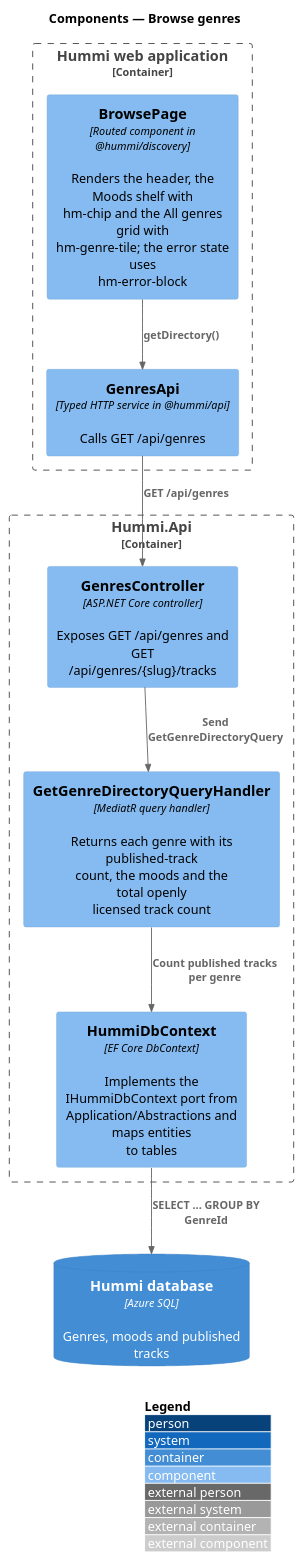
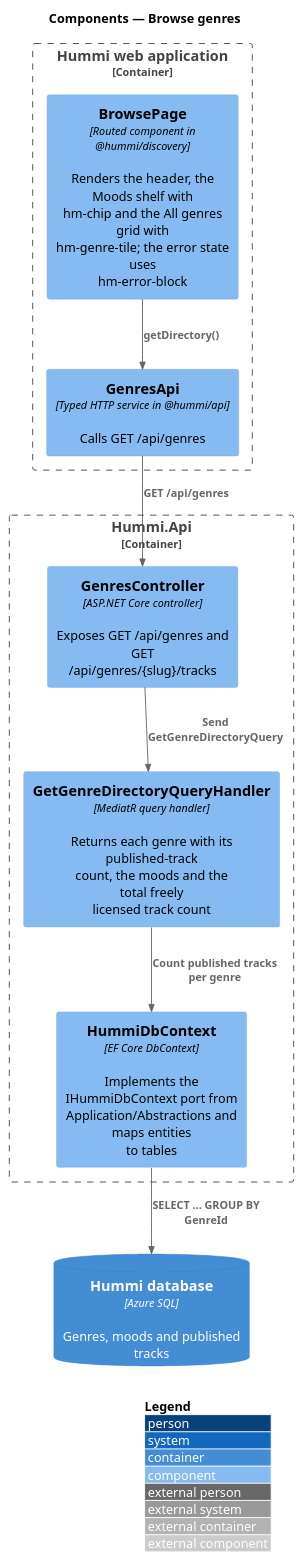
Before and after one commit to QuinntyneBrown/hummi: the diagram in docs/detailed-designs/discovery/browse-genres/diagrams/c4-component.puml, drawn with PlantUML. The commit also changed 23 other files, not shown here.

```diff
--- a/docs/detailed-designs/discovery/browse-genres/diagrams/c4-component.puml
+++ b/docs/detailed-designs/discovery/browse-genres/diagrams/c4-component.puml
@@ -1,21 +1,21 @@
 @startuml
 !include <C4/C4_Component>
 LAYOUT_WITH_LEGEND()
 title Components — Browse genres
 
 Container_Boundary(spa, "Hummi web application") {
   Component(page, "BrowsePage", "Routed component in @hummi/discovery", "Renders the header, the Moods shelf with\nhm-chip and the All genres grid with\nhm-genre-tile; the error state uses\nhm-error-block")
   Component(client, "GenresApi", "Typed HTTP service in @hummi/api", "Calls GET /api/genres")
 }
 Container_Boundary(api, "Hummi.Api") {
   Component(ctl, "GenresController", "ASP.NET Core controller", "Exposes GET /api/genres and GET\n/api/genres/{slug}/tracks")
-  Component(q, "GetGenreDirectoryQueryHandler", "MediatR query handler", "Returns each genre with its published-track\ncount, the moods and the total openly\nlicensed track count")
+  Component(q, "GetGenreDirectoryQueryHandler", "MediatR query handler", "Returns each genre with its published-track\ncount, the moods and the total freely\nlicensed track count")
   Component(ctx, "HummiDbContext", "EF Core DbContext", "Implements the IHummiDbContext port from\nApplication/Abstractions and maps entities\nto tables")
 }
 ContainerDb(db, "Hummi database", "Azure SQL", "Genres, moods and published tracks")
 Rel(page, client, "getDirectory()")
 Rel(client, ctl, "GET /api/genres")
 Rel(ctl, q, "Send GetGenreDirectoryQuery")
 Rel(q, ctx, "Count published tracks per genre")
 Rel(ctx, db, "SELECT ... GROUP BY GenreId")
 @enduml
```
